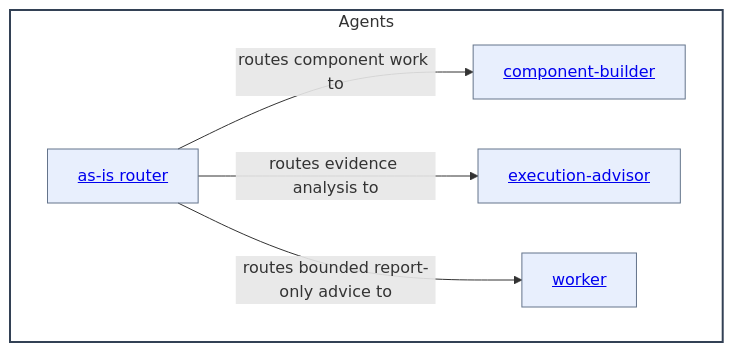
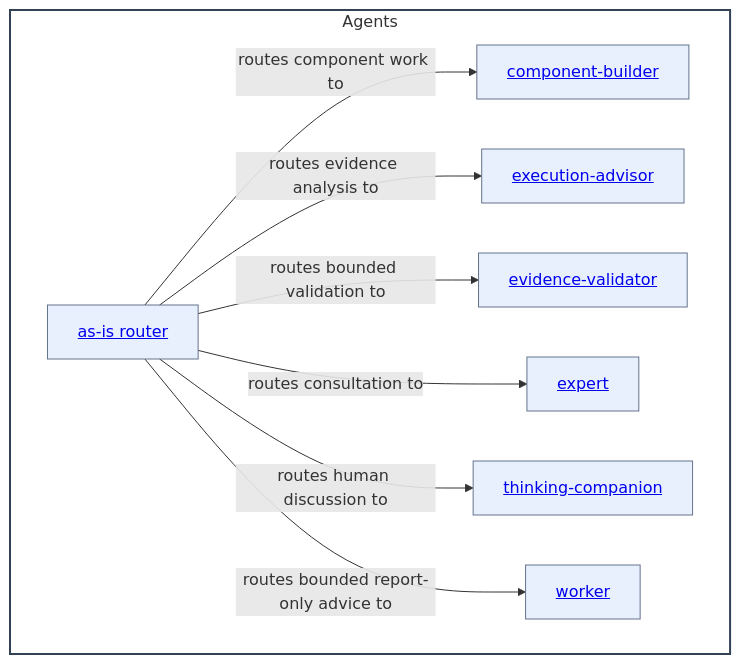
The diagram in agents/as-is.md (abstract-business-systems/as-is), drawn with Mermaid before and after one commit. The commit also changed other lines of this file and 25 other files, not shown here.

````diff
--- a/agents/as-is.md
+++ b/agents/as-is.md
@@ -31,19 +34,25 @@
 ```mermaid
 %%{init: {"securityLevel": "loose"}}%%
 flowchart LR
     subgraph Agents["Agents"]
         direction LR
         AsIsRouter["<a href='./as-is/as-is.md#design'>as-is router</a>"]
         ComponentBuilder["<a href='./component-builder/as-is.md#design'>component-builder</a>"]
         ExecutionAdvisor["<a href='./execution-advisor/as-is.md#design'>execution-advisor</a>"]
+        EvidenceValidator["<a href='./evidence-validator/as-is.md#design'>evidence-validator</a>"]
+        Expert["<a href='./expert/as-is.md#design'>expert</a>"]
+        ThinkingCompanion["<a href='./thinking-companion/as-is.md#design'>thinking-companion</a>"]
         Worker["<a href='./worker/as-is.md#design'>worker</a>"]
 
         AsIsRouter -->|routes component work to| ComponentBuilder
         AsIsRouter -->|routes evidence analysis to| ExecutionAdvisor
+        AsIsRouter -->|routes bounded validation to| EvidenceValidator
+        AsIsRouter -->|routes consultation to| Expert
+        AsIsRouter -->|routes human discussion to| ThinkingCompanion
         AsIsRouter -->|routes bounded report-only advice to| Worker
     end
     classDef component fill:#f8fafc,fill-opacity:0.1,stroke:#334155,stroke-width:2px
     classDef child fill:#2563eb,fill-opacity:0.1,stroke:#64748b,stroke-width:1px
     class Agents component
-    class AsIsRouter,ComponentBuilder,ExecutionAdvisor,Worker child
+    class AsIsRouter,ComponentBuilder,ExecutionAdvisor,EvidenceValidator,Expert,ThinkingCompanion,Worker child
 ```
````
